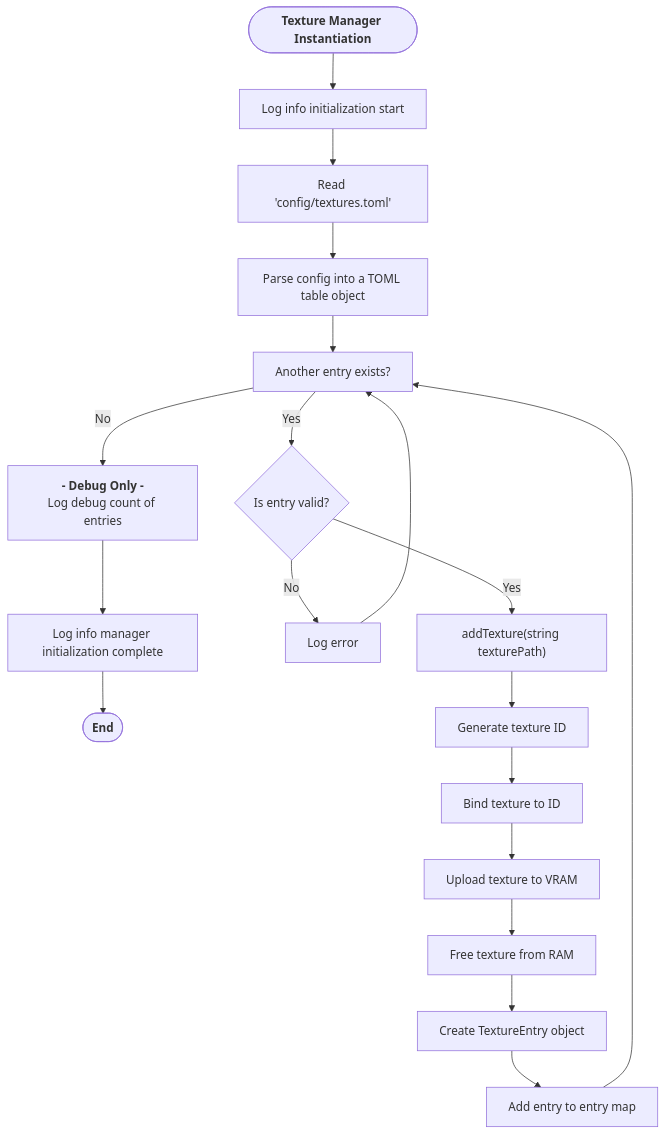
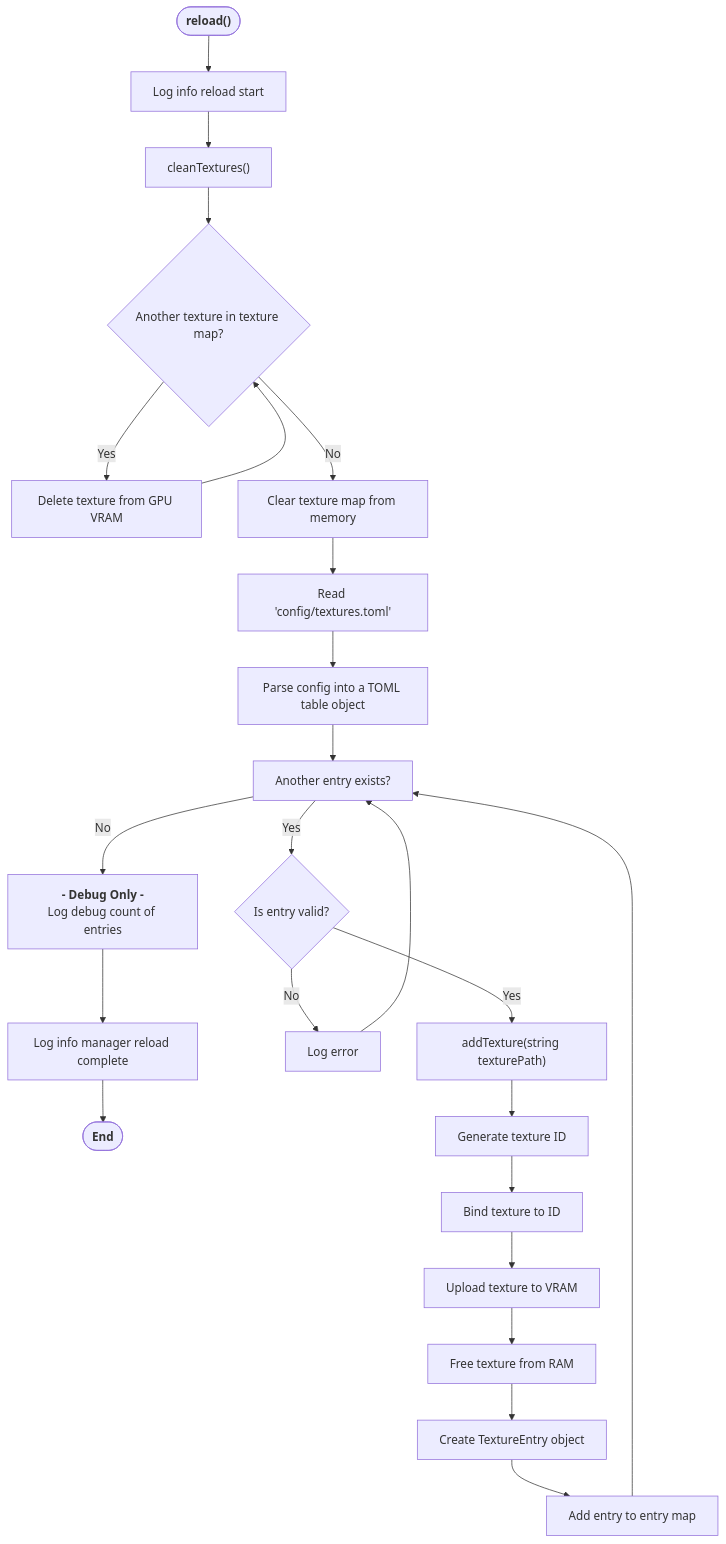
The second of 2 diagrams in documentation/texture_manager/TextureManager.md (Janus9/GLUT-Gladiator), drawn with Mermaid before and after one commit. The commit also changed other lines of this file, not shown here.

Commit message:
Updated TextureManager documentation to match revisions from yesterday

````diff
--- a/documentation/texture_manager/TextureManager.md
+++ b/documentation/texture_manager/TextureManager.md
@@ -30,41 +33,53 @@
 ``` mermaid
     flowchart TD
-        Start(["`**Texture Manager Instantiation**`"])
-        LogStart["Log info initialization start"]
+        Start(["`**reload()**`"])
+        LogStart["Log info reload start"]
+
+        Clean["cleanTextures()"]
+        CleanLoop{"Another texture in texture map?"}
+        CleanLoopT["Delete texture from GPU VRAM"]
+        CleanLoopF["Clear texture map from memory"]
+
         ReadConfig["Read 'config/textures.toml'"]
         ParseTable["Parse config into a TOML table object"]
         TableEnd_C["Another entry exists?"]
         TableEnd_C_F["`**- Debug Only -**
         Log debug count of entries`"]
-        LogEnd["Log info manager initialization complete"]
+        LogEnd["Log info manager reload complete"]
         End(["`**End**`"])
         EntryValid_C{"Is entry valid?"}
         EntryValid_C_F["Log error"]
         AddTexture_M["addTexture(string texturePath)"]
         AddTexture_M_1["Generate texture ID"]
         AddTexture_M_2["Bind texture to ID"]
         AddTexture_M_3["Upload texture to VRAM"]
         AddTexture_M_4["Free texture from RAM"]
         AddTexture_M_5["Create TextureEntry object"]
         AddTexture_M_6["Add entry to entry map"]
 
-        Start --> LogStart --> ReadConfig 
+        Start --> LogStart --> Clean
+
+        Clean --> CleanLoop
+        CleanLoop --> |Yes|CleanLoopT --> CleanLoop
+        CleanLoop --> |No|CleanLoopF
+
+        CleanLoopF --> ReadConfig 
 
         ReadConfig --> ParseTable
 
         ParseTable --> TableEnd_C
         TableEnd_C --> |No| TableEnd_C_F
         TableEnd_C_F --> LogEnd
         LogEnd --> End
         TableEnd_C --> |Yes| EntryValid_C
 
 
         EntryValid_C
         EntryValid_C --> |No| EntryValid_C_F
         EntryValid_C --> |Yes| AddTexture_M
         
         AddTexture_M --> AddTexture_M_1 --> AddTexture_M_2 --> AddTexture_M_3 --> AddTexture_M_4 --> AddTexture_M_5 --> AddTexture_M_6
         AddTexture_M_6 --> TableEnd_C
 
         EntryValid_C_F --> TableEnd_C
 ```
````
